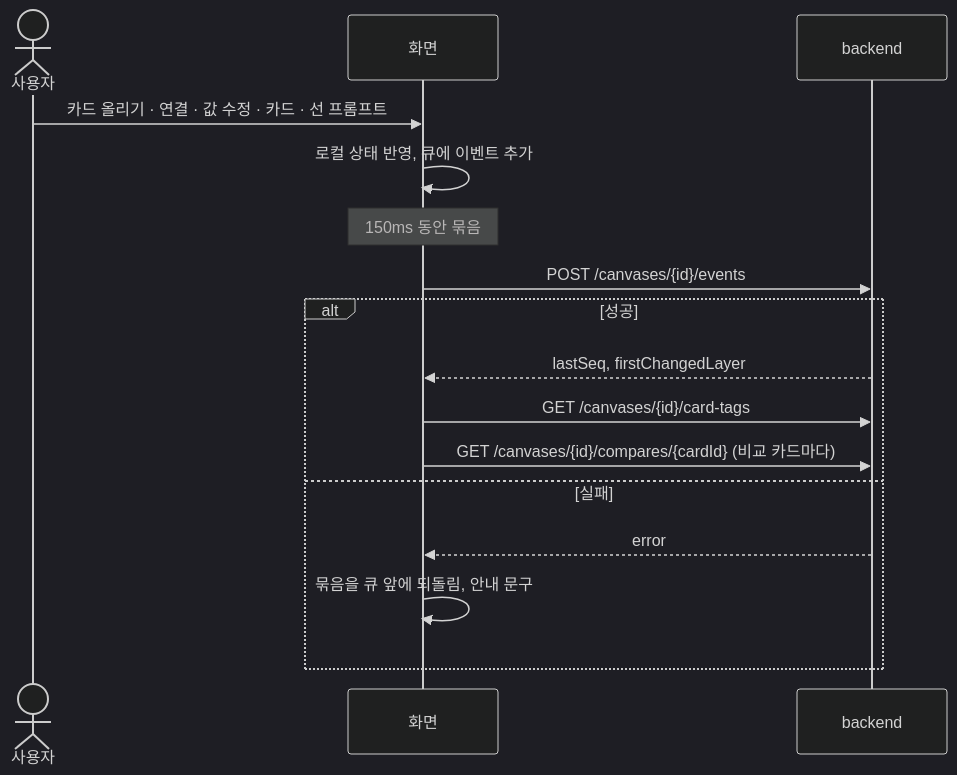
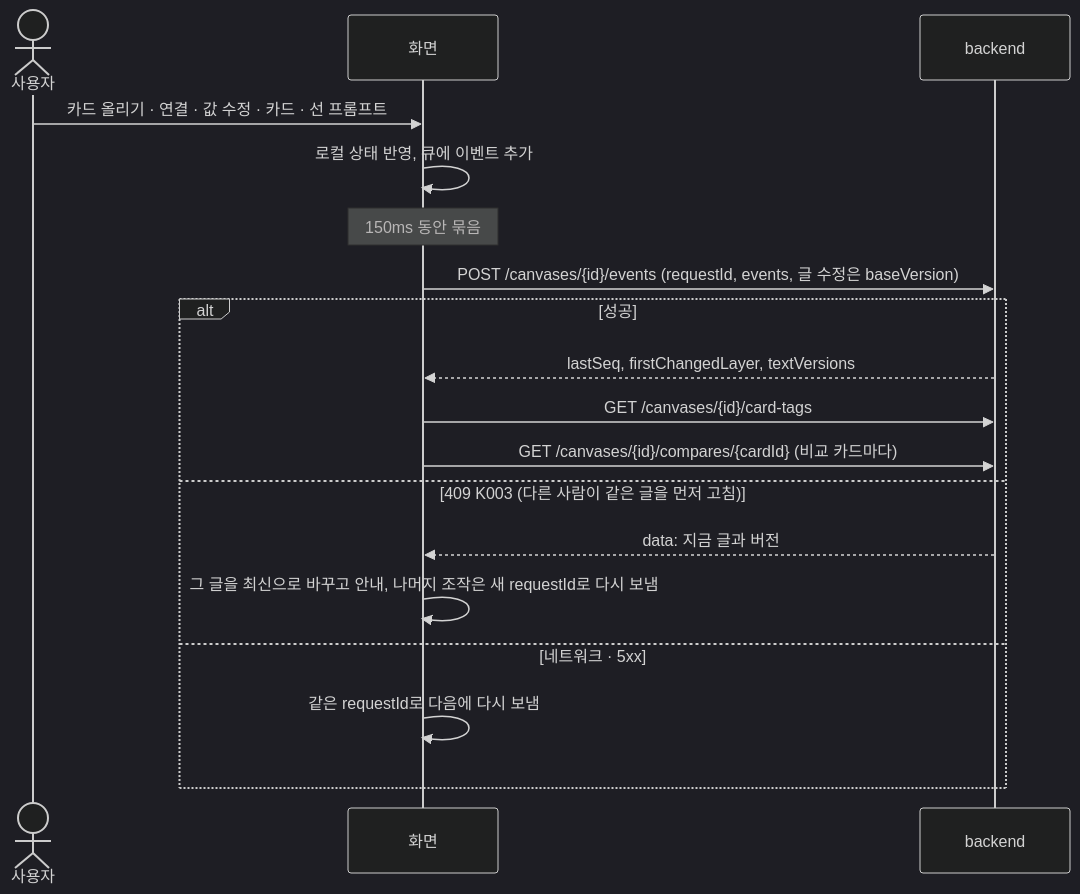
Before and after one commit to vamos-team/telescope: the fourth of 8 diagrams in docs/frontend/api-diagram.md, drawn with Mermaid (dark theme). The commit also changed other lines of this file and 5 other files, not shown here.

````diff
--- a/docs/frontend/api-diagram.md
+++ b/docs/frontend/api-diagram.md
@@ -106,19 +106,21 @@
 ```mermaid
 sequenceDiagram
   actor U as 사용자
   participant F as 화면
   participant B as backend
 
   U->>F: 카드 올리기 · 연결 · 값 수정 · 카드 · 선 프롬프트
   F->>F: 로컬 상태 반영, 큐에 이벤트 추가
   Note over F: 150ms 동안 묶음
-  F->>B: POST /canvases/{id}/events
+  F->>B: POST /canvases/{id}/events (requestId, events, 글 수정은 baseVersion)
   alt 성공
-    B-->>F: lastSeq, firstChangedLayer
+    B-->>F: lastSeq, firstChangedLayer, textVersions
     F->>B: GET /canvases/{id}/card-tags
     F->>B: GET /canvases/{id}/compares/{cardId} (비교 카드마다)
-  else 실패
-    B-->>F: error
-    F->>F: 묶음을 큐 앞에 되돌림, 안내 문구
+  else 409 K003 (다른 사람이 같은 글을 먼저 고침)
+    B-->>F: data: 지금 글과 버전
+    F->>F: 그 글을 최신으로 바꾸고 안내, 나머지 조작은 새 requestId로 다시 보냄
+  else 네트워크 · 5xx
+    F->>F: 같은 requestId로 다음에 다시 보냄
   end
 ```
````
